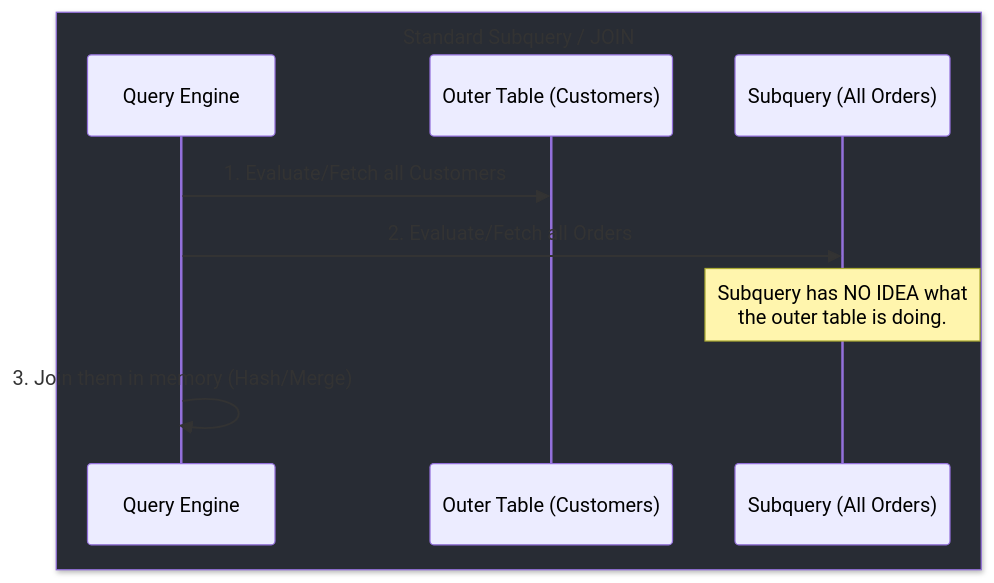
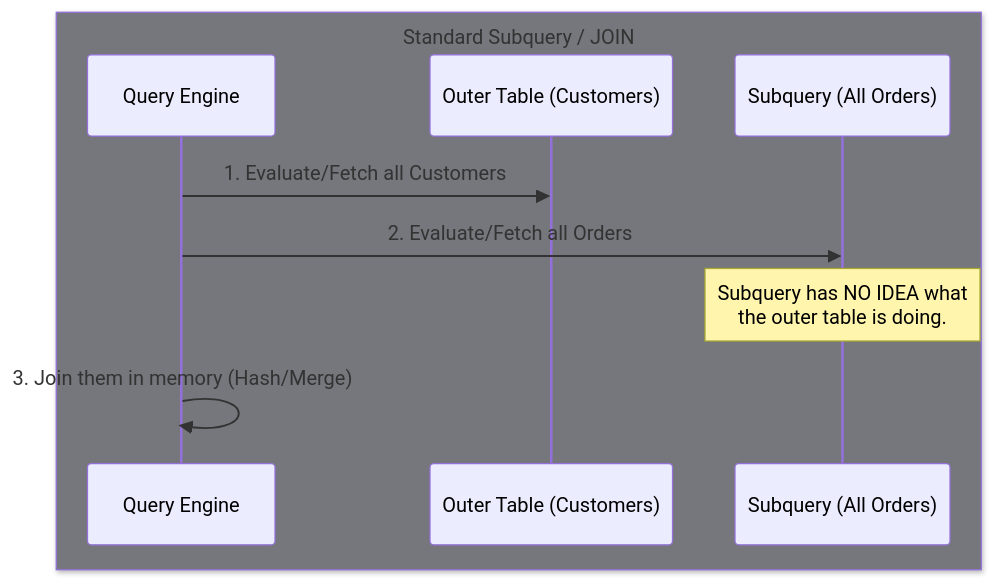
Before and after one commit to Banibrata-Manna/DBMS-SQL: the first of 2 diagrams in LateralSubqueries.md, drawn with Mermaid. The commit also changed other lines of this file, not shown here.

Commit message:
Changed: Changed backgroup color of lateral query execution sequence diagram and updated fixed broken references

````diff
--- a/LateralSubqueries.md
+++ b/LateralSubqueries.md
@@ -14,13 +14,13 @@
 ```mermaid
 sequenceDiagram
-    box rgb(40, 44, 52) Standard Subquery / JOIN
+    box rgba(117, 119, 124, 1) Standard Subquery / JOIN
     participant DB1 as Query Engine
     participant T1 as Outer Table (Customers)
     participant SQ1 as Subquery (All Orders)
     end
     
     DB1->>T1: 1. Evaluate/Fetch all Customers
     DB1->>SQ1: 2. Evaluate/Fetch all Orders
     Note over SQ1: Subquery has NO IDEA what<br/>the outer table is doing.
     DB1->>DB1: 3. Join them in memory (Hash/Merge)
 ```
````
